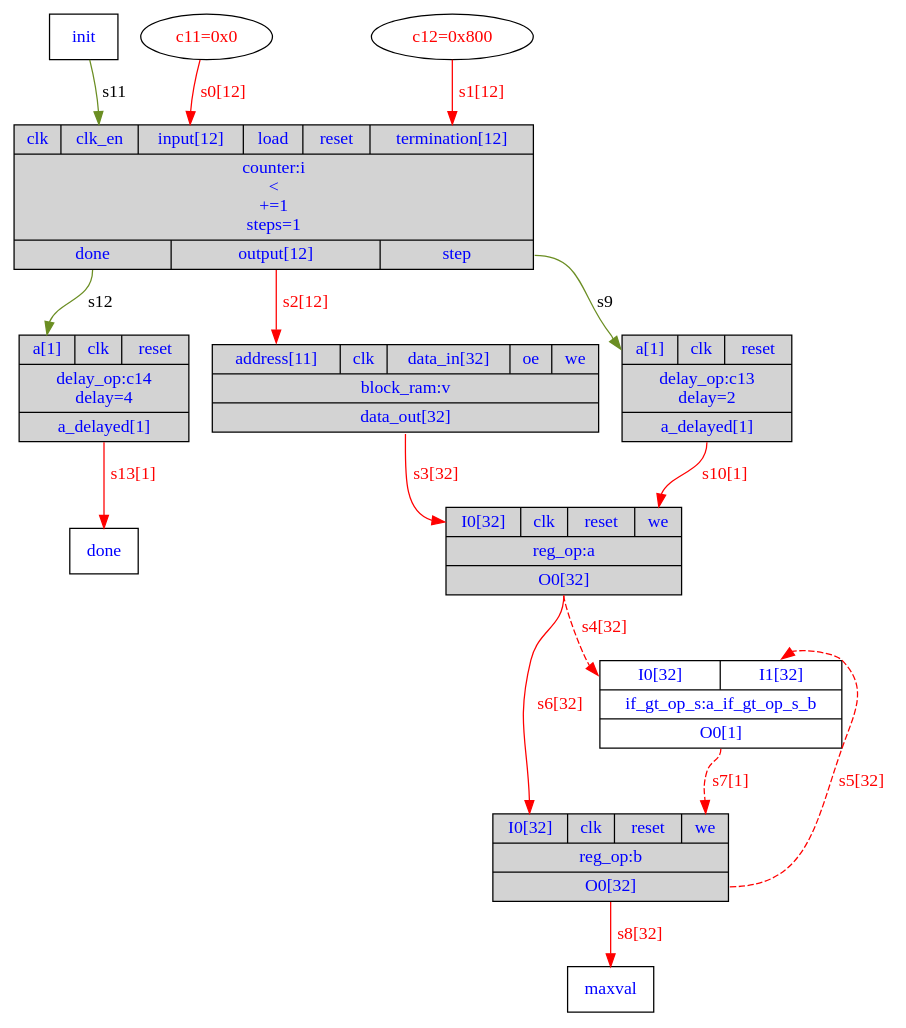
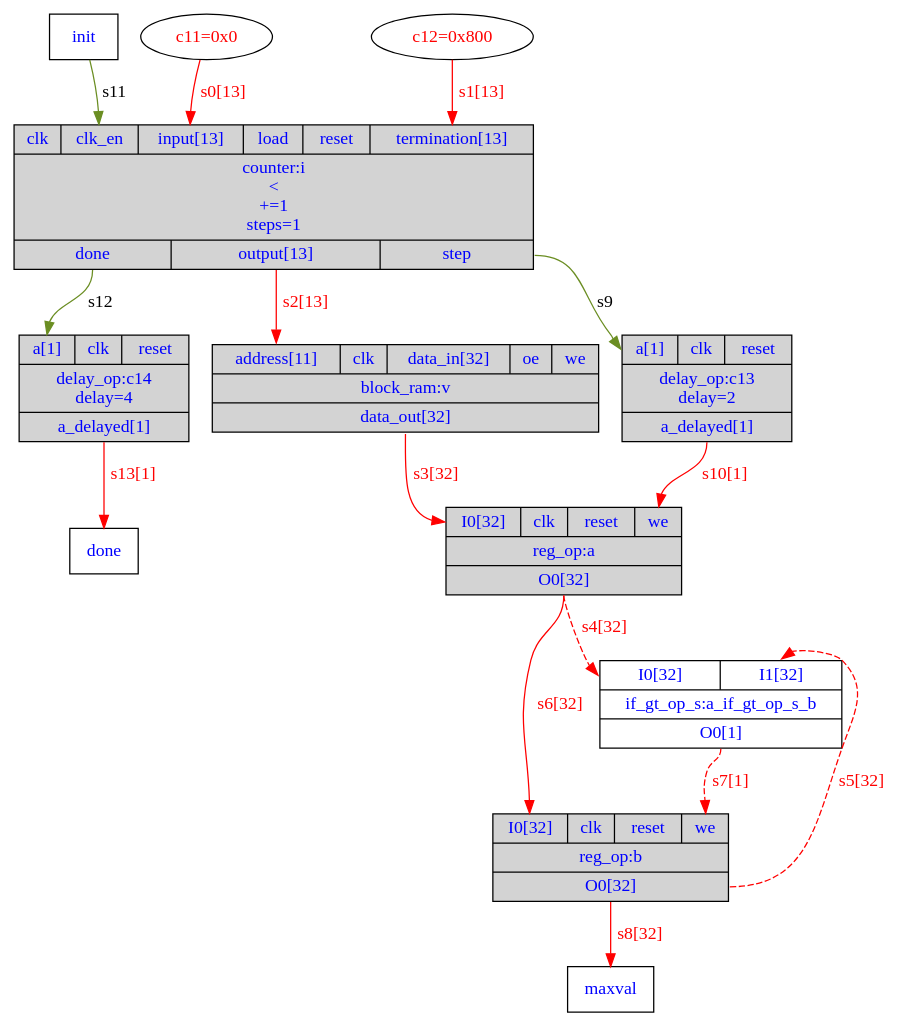
Before and after one commit to menotti/lalp: the diagram in branches/Float/trunk/src/br/ufscar/dc/lalp/examples/max/max_hw.dot, drawn with Graphviz. The commit also changed 81 other files, not shown here.

```diff
--- a/branches/Float/trunk/src/br/ufscar/dc/lalp/examples/max/max_hw.dot
+++ b/branches/Float/trunk/src/br/ufscar/dc/lalp/examples/max/max_hw.dot
@@ -1,31 +1,31 @@
 digraph max {
 	// Components (Nodes)
 	"c14" [shape=record, fontcolor=blue, style="filled", fillcolor="lightgray", label="{{<a>a[1]|<clk>clk|<reset>reset}|delay_op:c14\ndelay=4|{<a_delayed>a_delayed[1]}}"];
 	"done" [shape=msquare fontcolor=blue label="done"];
 	"c13" [shape=record, fontcolor=blue, style="filled", fillcolor="lightgray", label="{{<a>a[1]|<clk>clk|<reset>reset}|delay_op:c13\ndelay=2|{<a_delayed>a_delayed[1]}}"];
 	"c12" [fontcolor=red label="c12=0x800"];
 	"c11" [fontcolor=red label="c11=0x0"];
 	"a_if_gt_op_s_b" [shape=record, fontcolor=blue, label="{{<I0>I0[32]|<I1>I1[32]}|if_gt_op_s:a_if_gt_op_s_b|{<O0>O0[1]}}"];
 	"v" [shape=record, fontcolor=blue, style="filled", fillcolor="lightgray", label="{{<address>address[11]|<clk>clk|<data_in>data_in[32]|<oe>oe|<we>we}|block_ram:v|{<data_out>data_out[32]}}"];
 	"b" [shape=record, fontcolor=blue, style="filled", fillcolor="lightgray", label="{{<I0>I0[32]|<clk>clk|<reset>reset|<we>we}|reg_op:b|{<O0>O0[32]}}"];
 	"maxval" [shape=msquare fontcolor=blue label="maxval"];
-	"i" [shape=record, fontcolor=blue, style="filled", fillcolor="lightgray", label="{{<clk>clk|<clk_en>clk_en|<input>input[12]|<load>load|<reset>reset|<termination>termination[12]}|counter:i\n\<\n+=1\nsteps=1|{<done>done|<output>output[12]|<step>step}}"];
+	"i" [shape=record, fontcolor=blue, style="filled", fillcolor="lightgray", label="{{<clk>clk|<clk_en>clk_en|<input>input[13]|<load>load|<reset>reset|<termination>termination[13]}|counter:i\n\<\n+=1\nsteps=1|{<done>done|<output>output[13]|<step>step}}"];
 	"a" [shape=record, fontcolor=blue, style="filled", fillcolor="lightgray", label="{{<I0>I0[32]|<clk>clk|<reset>reset|<we>we}|reg_op:a|{<O0>O0[32]}}"];
 	"init" [shape=msquare fontcolor=blue label="init"];
 
 	// Signals (Edges)
-	"c11" -> "i":input [label="s0[12]" color=red fontcolor=red];
+	"c11" -> "i":input [label="s0[13]" color=red fontcolor=red];
 	"c14":a_delayed -> "done" [label="s13[1]" color=red fontcolor=red];
-	"init" -> "i":clk_en [label="s11" color=olivedrab];
 	"c13":a_delayed -> "a":we [label="s10[1]" color=red fontcolor=red];
 	"i":done -> "c14":a [label="s12" color=olivedrab];
+	"init" -> "i":clk_en [label="s11" color=olivedrab];
+	"i":step -> "c13":a [label="s9" color=olivedrab];
 	"a_if_gt_op_s_b":O0 -> "b":we [label="s7[1]" color=red fontcolor=red style=dashed];
-	"i":step -> "c13":a [label="s9" color=olivedrab];
 	"b":O0 -> "a_if_gt_op_s_b":I1 [label="s5[32]" color=red fontcolor=red style=dashed];
 	"v":data_out -> "a":I0 [label="s3[32]" color=red fontcolor=red];
-	"c12" -> "i":termination [label="s1[12]" color=red fontcolor=red];
+	"c12" -> "i":termination [label="s1[13]" color=red fontcolor=red];
+	"b":O0 -> "maxval" [label="s8[32]" color=red fontcolor=red];
 	"a":O0 -> "b":I0 [label="s6[32]" color=red fontcolor=red];
-	"b":O0 -> "maxval" [label="s8[32]" color=red fontcolor=red];
 	"a":O0 -> "a_if_gt_op_s_b":I0 [label="s4[32]" color=red fontcolor=red style=dashed];
-	"i":output -> "v":address [label="s2[12]" color=red fontcolor=red];
+	"i":output -> "v":address [label="s2[13]" color=red fontcolor=red];
 }
```
